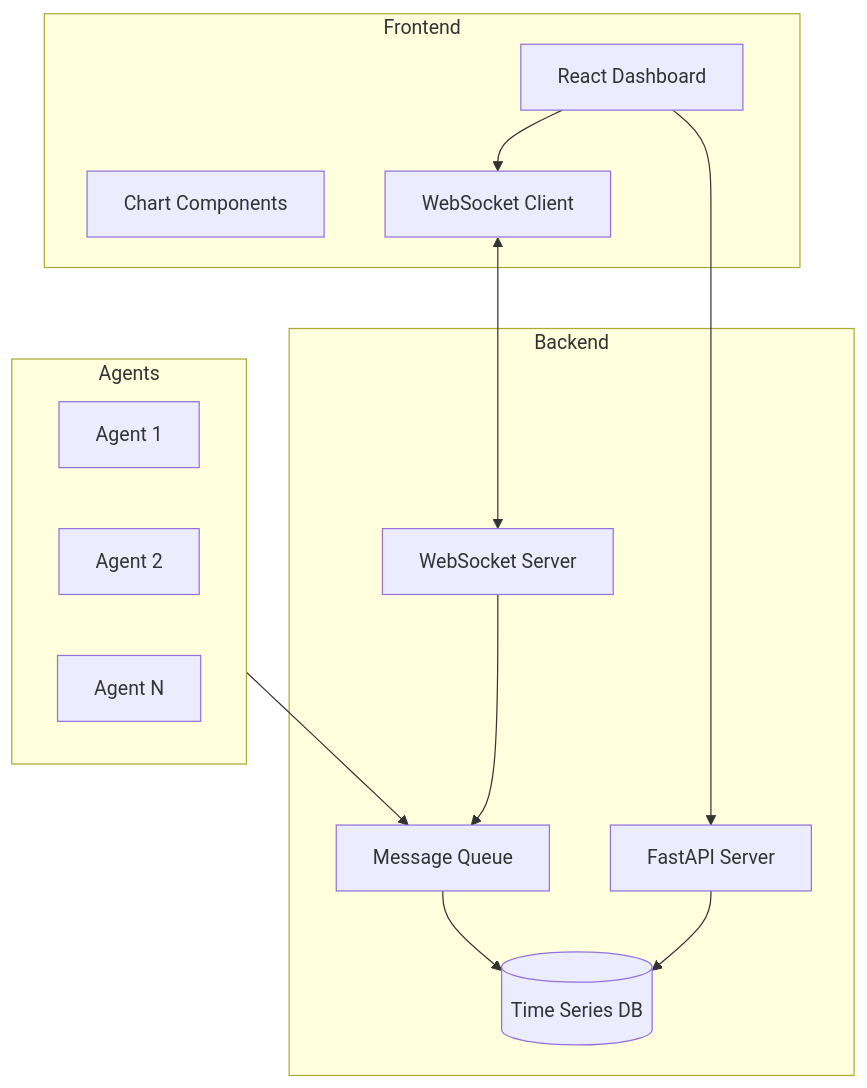
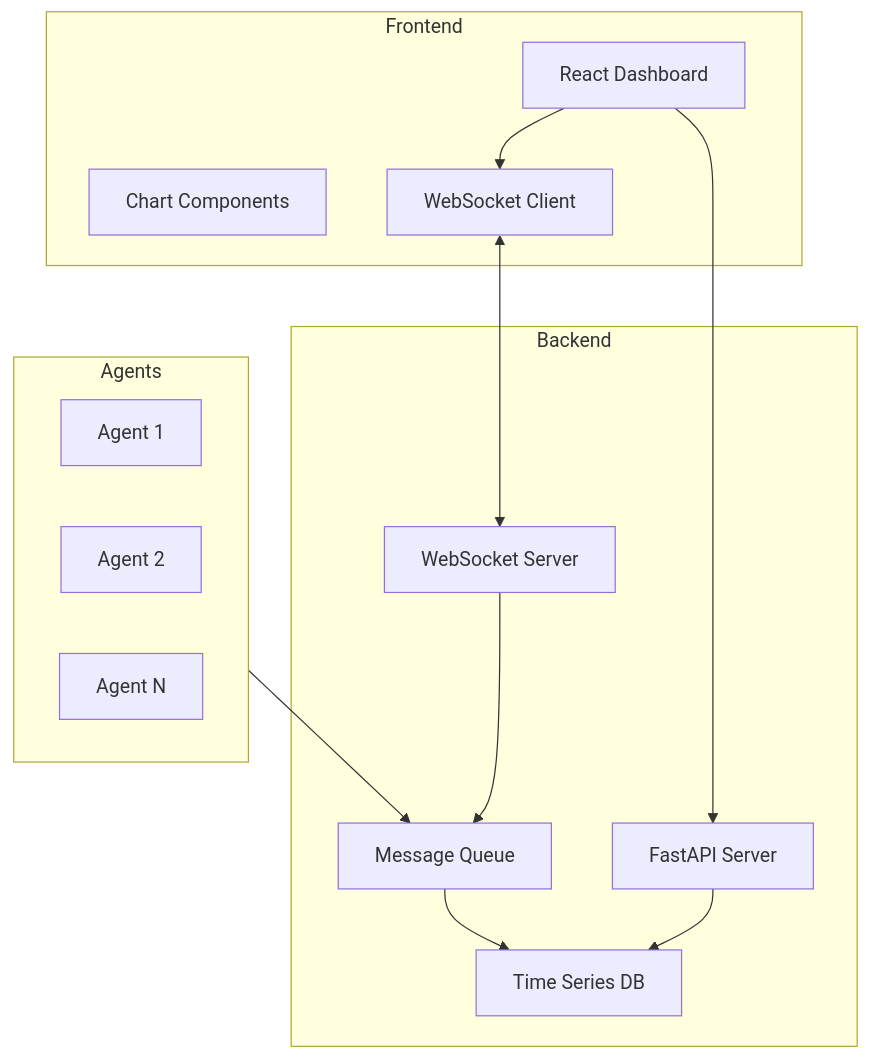
One commit to paulasilvatech/Mastery-AI-Apps-Dev changed the diagram in modules/module-07/exercises/exercise3-ai-dashboard/README.md. Above: the diagram before and after it, drawn with Mermaid. The commit also changed 18 other files, not shown here.

Commit message:
Refactor diagram syntax in Module 07 documentation for consistency

````diff
--- a/modules/module-07/exercises/exercise3-ai-dashboard/README.md
+++ b/modules/module-07/exercises/exercise3-ai-dashboard/README.md
@@ -103,29 +103,29 @@
 ```mermaid
 graph TB
     subgraph Frontend
         Dashboard[React Dashboard]
         Charts[Chart Components]
         WS[WebSocket Client]
     end
     
     subgraph Backend
         API[FastAPI Server]
         WSServer[WebSocket Server]
         Queue[Message Queue]
-        DB[(Time Series DB)]
+        DB[Time Series DB]
     end
     
     subgraph Agents
         A1[Agent 1]
         A2[Agent 2]
         A3[Agent N]
     end
     
     Dashboard --> API
     Dashboard --> WS
     WS <--> WSServer
     WSServer --> Queue
     Agents --> Queue
     Queue --> DB
     API --> DB
 ```
````
